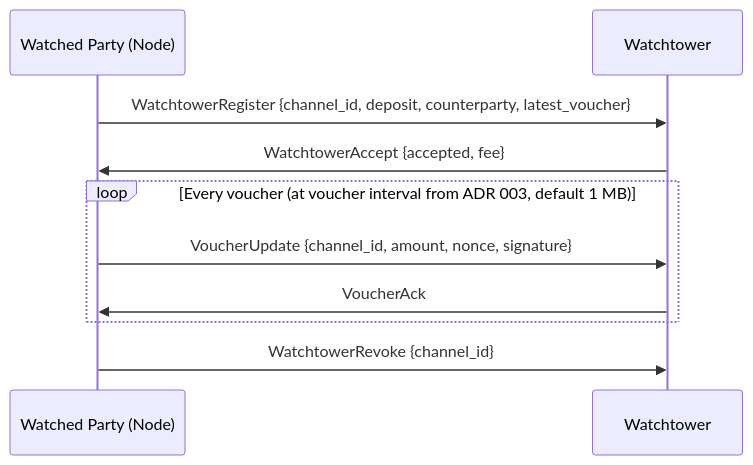
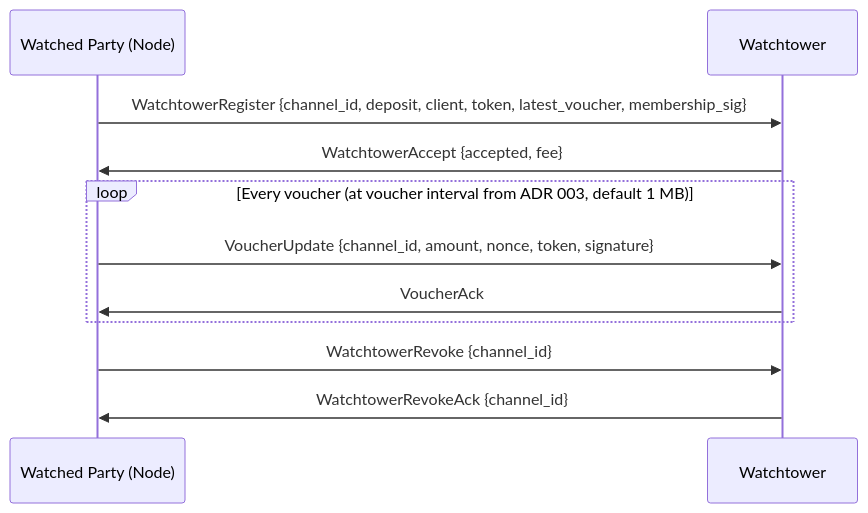
Before and after one commit to decdn/decdn: the third of 4 diagrams in adr/005-protocol.md, drawn with Mermaid. The commit also changed other lines of this file and 11 other files, not shown here.

First line of the commit message:
docs: fix 56 findings from comprehensive ADR architecture review (#142)

````diff
--- a/adr/005-protocol.md
+++ b/adr/005-protocol.md
@@ -147,15 +151,16 @@
 ```mermaid
 sequenceDiagram
     participant W as Watched Party (Node)
     participant T as Watchtower
 
-    W->>T: WatchtowerRegister {channel_id, deposit, counterparty, latest_voucher}
+    W->>T: WatchtowerRegister {channel_id, deposit, client, token, latest_voucher, membership_sig}
     T->>W: WatchtowerAccept {accepted, fee}
 
     loop Every voucher (at voucher interval from ADR 003, default 1 MB)
-        W->>T: VoucherUpdate {channel_id, amount, nonce, signature}
+        W->>T: VoucherUpdate {channel_id, amount, nonce, token, signature}
         T->>W: VoucherAck
     end
 
     W->>T: WatchtowerRevoke {channel_id}
+    T->>W: WatchtowerRevokeAck {channel_id}
 ```
````
